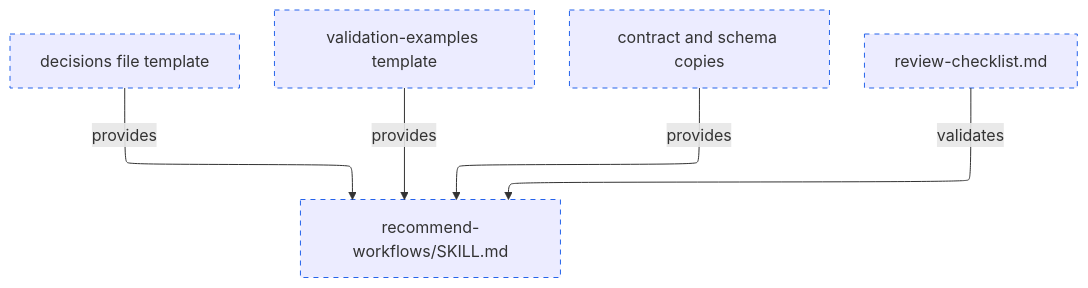
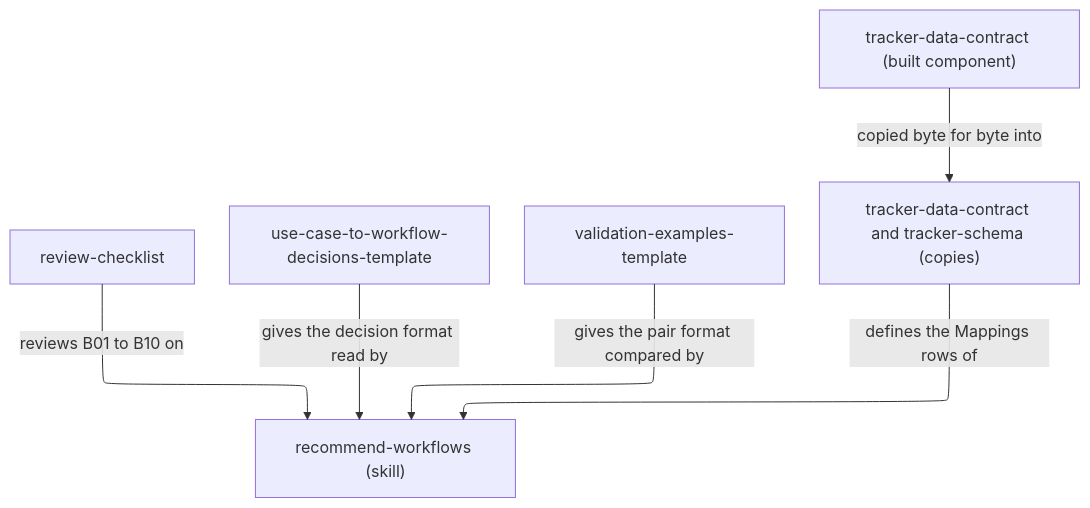
Before and after one commit to vrparthasarathy/migration-job-discovery: the diagram in workflow-recommender/README.md, drawn with Mermaid. The commit also changed other lines of this file and 117 other files, not shown here.

````diff
--- a/workflow-recommender/README.md
+++ b/workflow-recommender/README.md
@@ -54,18 +31,25 @@
 ```mermaid
 ---
 config:
   layout: elk
 ---
 %%{init: {"securityLevel": "loose"}}%%
 flowchart TB
-  skill["recommend-workflows/SKILL.md"]:::planned
-  dec["decisions file template"]:::planned
-  val["validation-examples template"]:::planned
-  copy["contract and schema copies"]:::planned
-  chk["review-checklist.md"]:::planned
-  dec -->|"provides"| skill
-  val -->|"provides"| skill
-  copy -->|"provides"| skill
-  chk -->|"validates"| skill
-  classDef planned stroke-dasharray: 5 5,stroke:#2563eb
+  chk["review-checklist"]
+  skill["recommend-workflows (skill)"]
+  dec["use-case-to-workflow-decisions-template"]
+  val["validation-examples-template"]
+  copy["tracker-data-contract and tracker-schema (copies)"]
+  contract["tracker-data-contract (built component)"]
+  click chk "review-checklist.md"
+  click skill "recommend-workflows/SKILL.md"
+  click dec "recommend-workflows/use-case-to-workflow-decisions-template.md"
+  click val "recommend-workflows/validation-examples-template.md"
+  click copy "recommend-workflows/tracker-data-contract.md"
+  click contract "../tracker-data-contract/README.md"
+  contract -->|"copied byte for byte into"| copy
+  copy -->|"defines the Mappings rows of"| skill
+  dec -->|"gives the decision format read by"| skill
+  val -->|"gives the pair format compared by"| skill
+  chk -->|"reviews B01 to B10 on"| skill
 ```
````
